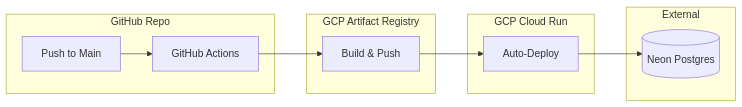
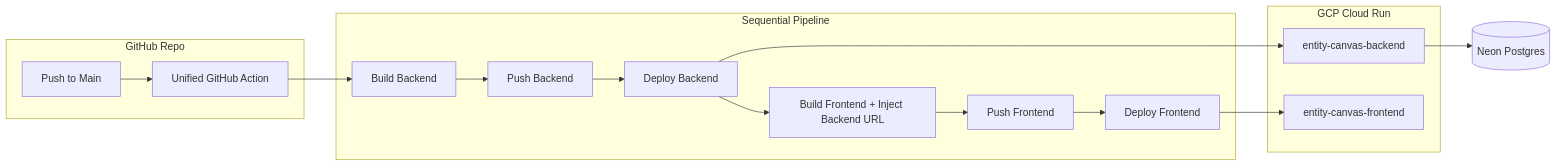
Before and after one commit to akshatdhaundiyal/entity_canvas: the diagram in docs/design_docs/04_devops_cicd.md, drawn with Mermaid. The commit also changed other lines of this file and 4 other files, not shown here.

````diff
--- a/docs/design_docs/04_devops_cicd.md
+++ b/docs/design_docs/04_devops_cicd.md
@@ -8,18 +8,22 @@
 ```mermaid
 graph LR
     subgraph GitHub [GitHub Repo]
-        Code[Push to Main] --> GA[GitHub Actions]
+        Code[Push to Main] --> GA[Unified GitHub Action]
     end
 
-    subgraph Registry [GCP Artifact Registry]
-        GA --> Docker[Build & Push]
+    subgraph Build [Sequential Pipeline]
+        GA --> B_Build[Build Backend]
+        B_Build --> B_Push[Push Backend]
+        B_Push --> B_Deploy[Deploy Backend]
+        B_Deploy --> F_Build[Build Frontend + Inject Backend URL]
+        F_Build --> F_Push[Push Frontend]
+        F_Push --> F_Deploy[Deploy Frontend]
     end
 
     subgraph Compute [GCP Cloud Run]
-        Docker --> Deploy[Auto-Deploy]
+        B_Deploy --> B_Service[entity-canvas-backend]
+        F_Deploy --> F_Service[entity-canvas-frontend]
     end
 
-    subgraph Data [External]
-        Deploy --> NeonDB[(Neon Postgres)]
-    end
+    B_Service --> DB[(Neon Postgres)]
 ```
````
